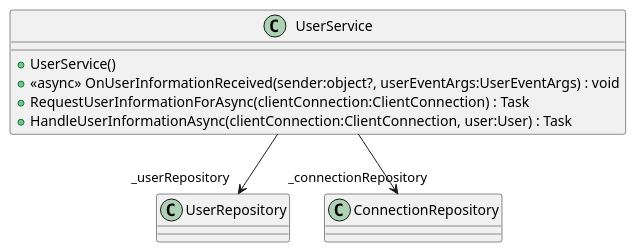
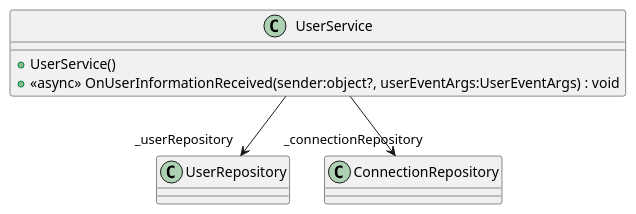
The diagram in chatApp.Server/puml/Services/UserService/UserService.puml (luca-weinert/chatApp), drawn with PlantUML before and after one commit. The commit also changed 49 other files, not shown here.

Commit message:
feat: introduce uml class diagrams

```diff
--- a/chatApp.Server/puml/Services/UserService/UserService.puml
+++ b/chatApp.Server/puml/Services/UserService/UserService.puml
@@ -1,10 +1,8 @@
 @startuml
 class UserService {
     + UserService()
     + <<async>> OnUserInformationReceived(sender:object?, userEventArgs:UserEventArgs) : void
-    + RequestUserInformationForAsync(clientConnection:ClientConnection) : Task
-    + HandleUserInformationAsync(clientConnection:ClientConnection, user:User) : Task
 }
 UserService --> "_userRepository" UserRepository
 UserService --> "_connectionRepository" ConnectionRepository
 @enduml
```
